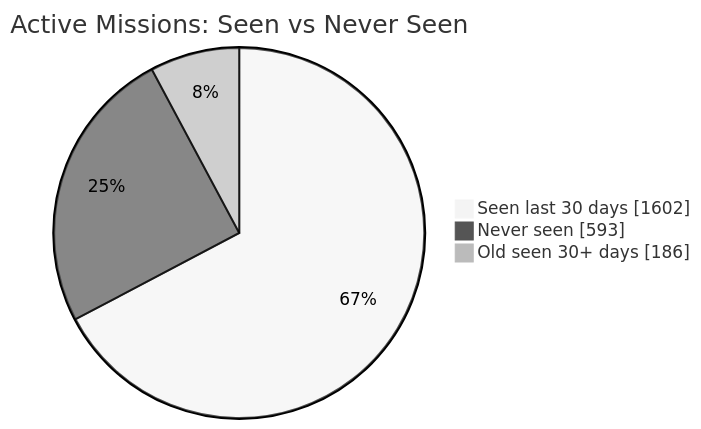
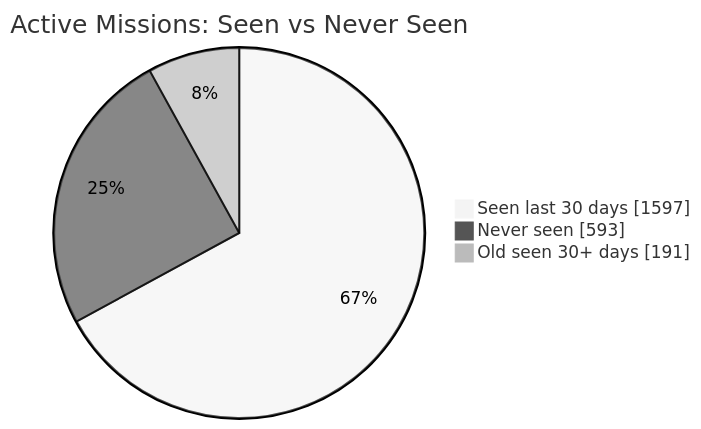
Before and after one commit to MeldkamerspelGameTeam/active-missions: the first of 2 diagrams in README.md, drawn with Mermaid (neutral theme). The commit also changed other lines of this file and 3 other files, not shown here.

````diff
--- a/README.md
+++ b/README.md
@@ -34,7 +34,7 @@
 ```mermaid
 pie showData
     title Active Missions: Seen vs Never Seen
-    "Seen last 30 days" : 1602
+    "Seen last 30 days" : 1597
     "Never seen" : 593
-    "Old seen 30+ days" : 186
+    "Old seen 30+ days" : 191
 ```
````
